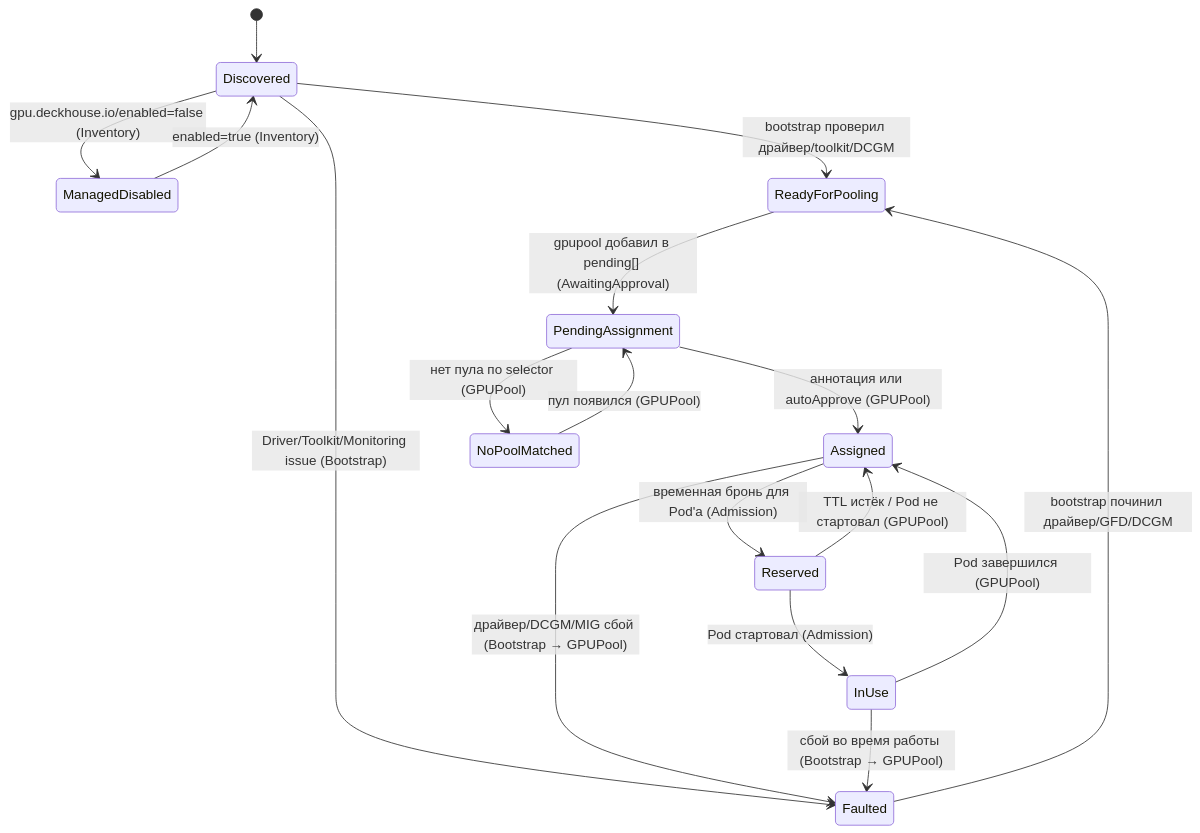
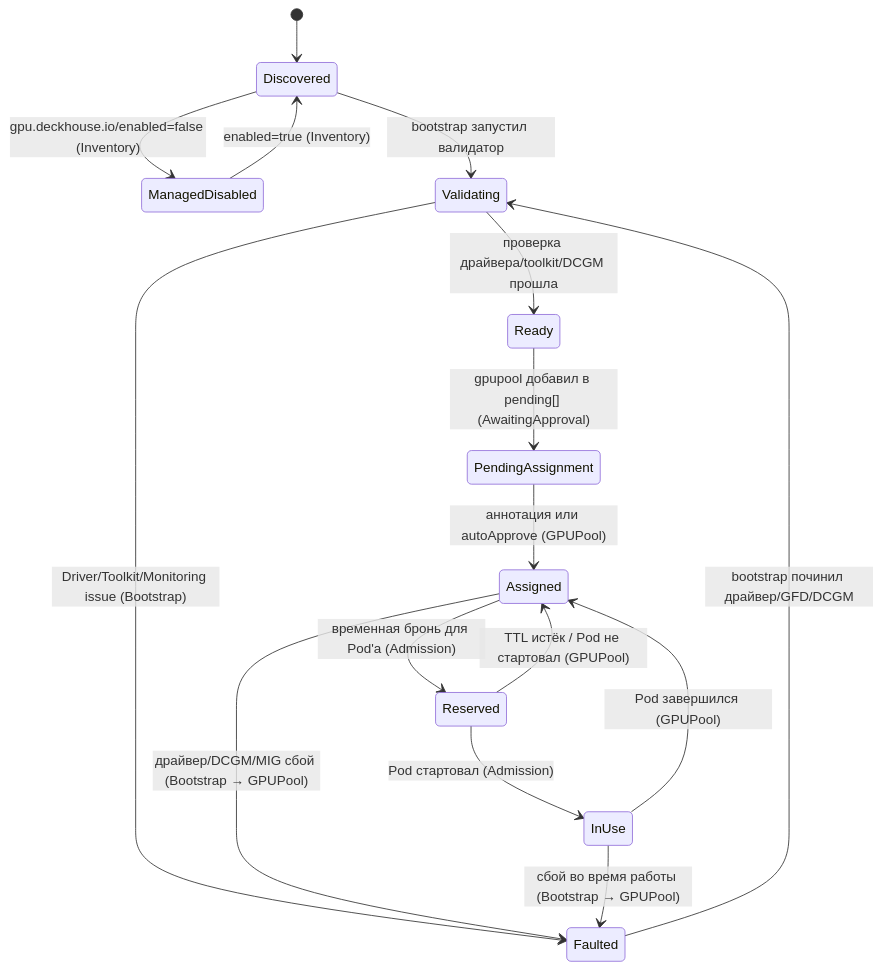
The fourth of 7 diagrams in docs/adr/ADR-gpu-control-plane.ru.md (aleksandr-podmoskovniy/gpu-control-plane), drawn with Mermaid before and after one commit. The commit also changed other lines of this file and 31 other files, not shown here.

````diff
--- a/docs/adr/ADR-gpu-control-plane.ru.md
+++ b/docs/adr/ADR-gpu-control-plane.ru.md
@@ -621,19 +659,18 @@
 ```mermaid
 stateDiagram-v2
     [*] --> Discovered
     Discovered --> ManagedDisabled: gpu.deckhouse.io/enabled=false (Inventory)
     ManagedDisabled --> Discovered: enabled=true (Inventory)
-    Discovered --> ReadyForPooling: bootstrap проверил драйвер/toolkit/DCGM
-    Discovered --> Faulted: Driver/Toolkit/Monitoring issue (Bootstrap)
-    Faulted --> ReadyForPooling: bootstrap починил драйвер/GFD/DCGM
-    ReadyForPooling --> PendingAssignment: gpupool добавил в pending[] (AwaitingApproval)
+    Discovered --> Validating: bootstrap запустил валидатор
+    Validating --> Ready: проверка драйвера/toolkit/DCGM прошла
+    Validating --> Faulted: Driver/Toolkit/Monitoring issue (Bootstrap)
+    Faulted --> Validating: bootstrap починил драйвер/GFD/DCGM
+    Ready --> PendingAssignment: gpupool добавил в pending[] (AwaitingApproval)
     PendingAssignment --> Assigned: аннотация или autoApprove (GPUPool)
-    PendingAssignment --> NoPoolMatched: нет пула по selector (GPUPool)
-    NoPoolMatched --> PendingAssignment: пул появился (GPUPool)
     Assigned --> Reserved: временная бронь для Pod'а (Admission)
     Reserved --> InUse: Pod стартовал (Admission)
     Reserved --> Assigned: TTL истёк / Pod не стартовал (GPUPool)
     InUse --> Assigned: Pod завершился (GPUPool)
     Assigned --> Faulted: драйвер/DCGM/MIG сбой (Bootstrap → GPUPool)
     InUse --> Faulted: сбой во время работы (Bootstrap → GPUPool)
 ```
````
